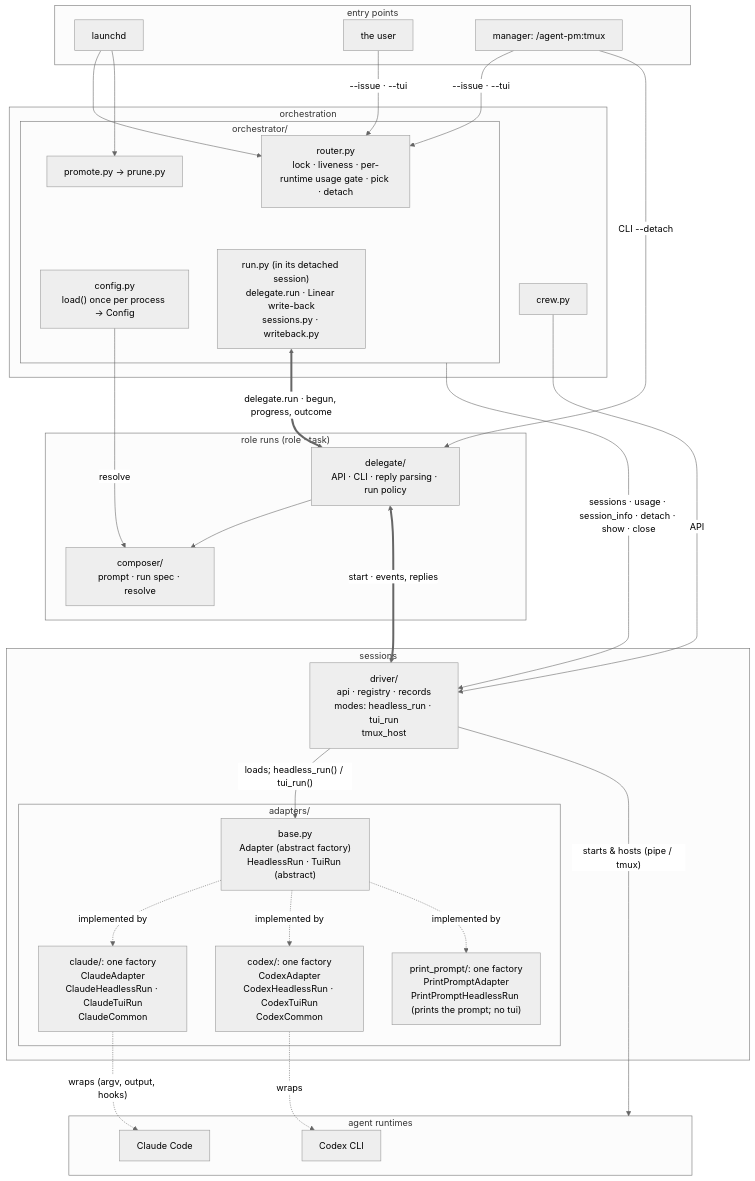
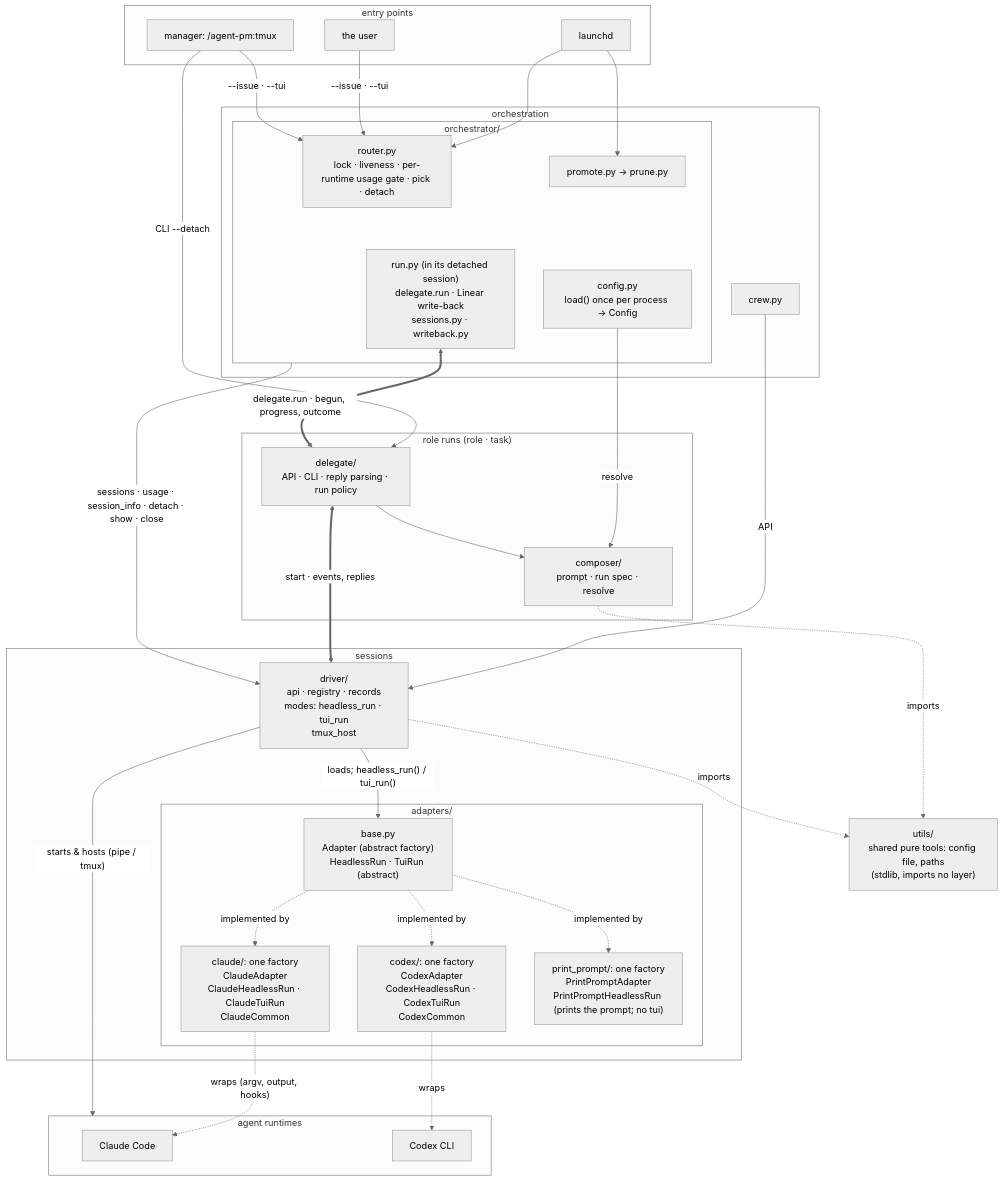
One commit to ophis/agent-pm changed the second of 4 diagrams in README.md. Above: the diagram before and after it, drawn with Mermaid (neutral theme). The commit also changed other lines of this file, not shown here.

Commit message:
README: utils in the architecture diagram
Claude-Session: https://claude.ai/code/session_01DWNTKp8E4ZkndBswMuqLEu

````diff
--- a/README.md
+++ b/README.md
@@ -20,52 +20,55 @@
 ```mermaid
 flowchart TB
   subgraph EN[entry points]
     LD[launchd]
     HU[the user]
     M["manager: /agent-pm:tmux"]
   end
   subgraph L1[orchestration]
     subgraph OR[orchestrator/]
       R["router.py<br>lock · liveness · per-runtime usage gate · pick · detach"]
       RU["run.py (in its detached session)<br>delegate.run · Linear write-back<br>sessions.py · writeback.py"]
       PP["promote.py → prune.py"]
       CF["config.py<br>load() once per process → Config"]
     end
     W[crew.py]
   end
   subgraph L2["role runs (role · task)"]
     D["delegate/<br>API · CLI · reply parsing · run policy"]
     C["composer/<br>prompt · run spec · resolve"]
   end
   subgraph L3[sessions]
     DR["driver/<br>api · registry · records<br>modes: headless_run · tui_run<br>tmux_host"]
     subgraph AD[adapters/]
       B["base.py<br>Adapter (abstract factory)<br>HeadlessRun · TuiRun (abstract)"]
       CL["claude/: one factory<br>ClaudeAdapter<br>ClaudeHeadlessRun · ClaudeTuiRun<br>ClaudeCommon"]
       CX["codex/: one factory<br>CodexAdapter<br>CodexHeadlessRun · CodexTuiRun<br>CodexCommon"]
       PP2["print_prompt/: one factory<br>PrintPromptAdapter<br>PrintPromptHeadlessRun (prints the prompt; no tui)"]
     end
   end
+  U["utils/<br>shared pure tools: config file, paths<br>(stdlib, imports no layer)"]
   subgraph RT[agent runtimes]
     P1[Claude Code]
     P2[Codex CLI]
   end
   LD --> R & PP
   HU -->|"--issue · --tui"| R
   M -->|"--issue · --tui"| R
   M -->|"CLI --detach"| D
   W -->|API| DR
   RU <==>|"delegate.run · begun, progress, outcome"| D
   CF -->|resolve| C
   OR -->|"sessions · usage · session_info · detach · show · close"| DR
   D --> C
   D <==>|"start · events, replies"| DR
   DR -->|"loads; headless_run() / tui_run()"| B
   B -.->|implemented by| CL & CX & PP2
   DR -->|"starts & hosts (pipe / tmux)"| RT
   CL -.->|"wraps (argv, output, hooks)"| P1
   CX -.->|wraps| P2
+  C -.->|imports| U
+  DR -.->|imports| U
   R ~~~ RU
   PP ~~~ CF
   C ~~~ DR
 ```
````
